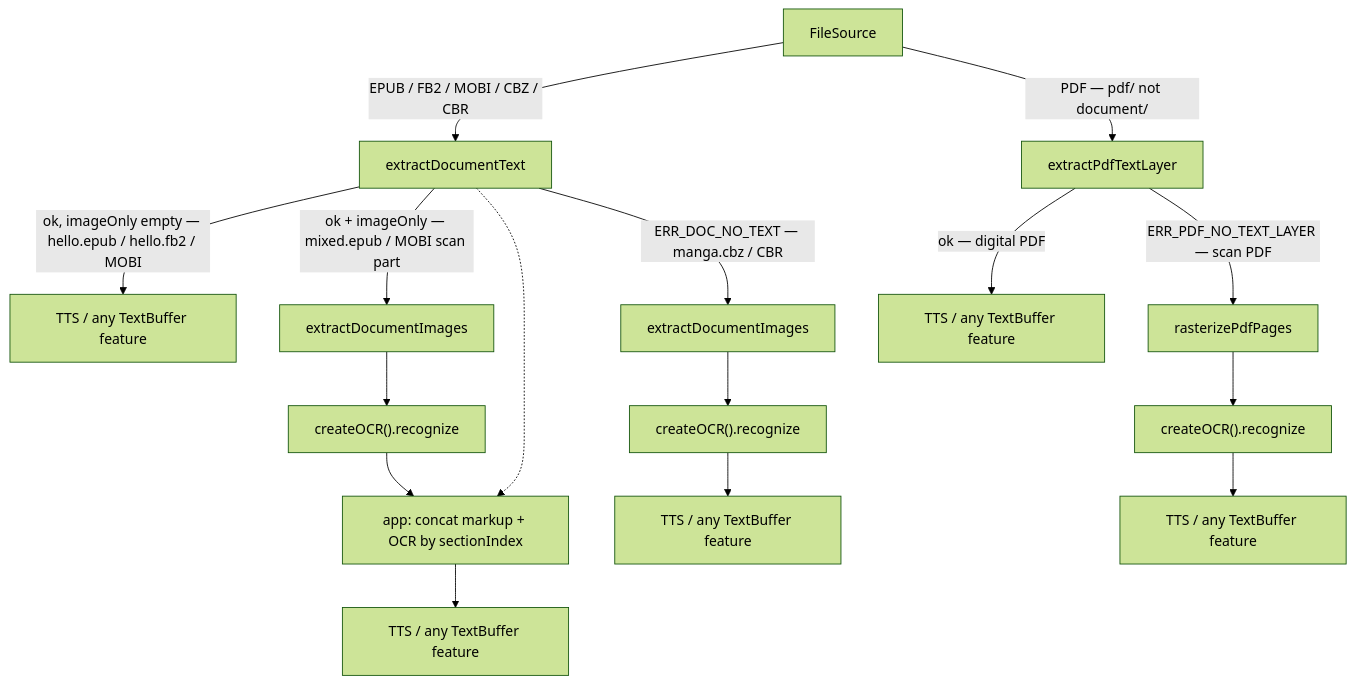
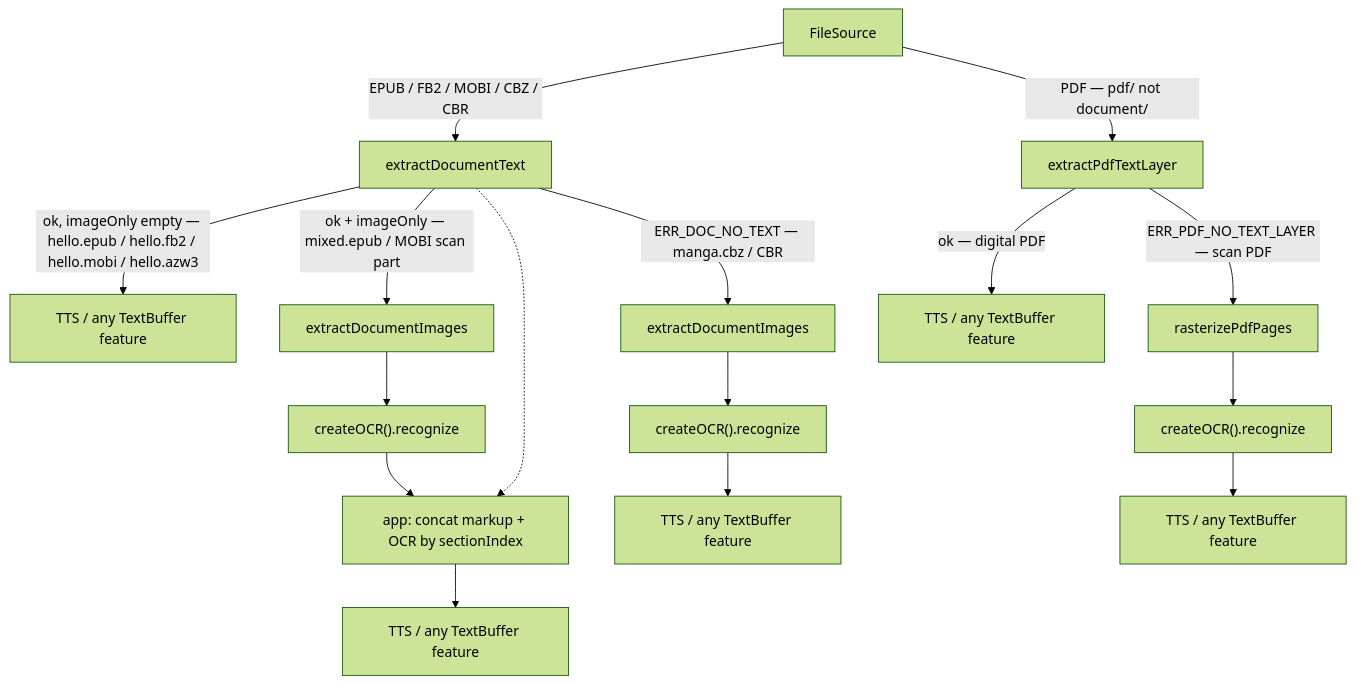
The diagram in docs/document-offline.md (XDcobra/react-native-sherpa-onnx), drawn with Mermaid (forest theme) before and after one commit. The commit also changed 14 other files, not shown here.

First line of the commit message:
feat(example): add DRM-free MOBI/AZW3 and a DRM sample to read-aloud

````diff
--- a/docs/document-offline.md
+++ b/docs/document-offline.md
@@ -34,21 +34,21 @@
 ```mermaid
 flowchart TD
   F[FileSource]
   F -->|EPUB / FB2 / MOBI / CBZ / CBR| DT["extractDocumentText"]
   F -->|"PDF — pdf/ not document/"| PT["extractPdfTextLayer"]
 
-  DT -->|"ok, imageOnly empty — hello.epub / hello.fb2 / MOBI"| TTS1["TTS / any TextBuffer feature"]
+  DT -->|"ok, imageOnly empty — hello.epub / hello.fb2 / hello.mobi / hello.azw3"| TTS1["TTS / any TextBuffer feature"]
   DT -->|"ok + imageOnly — mixed.epub / MOBI scan part"| DI1["extractDocumentImages"]
   DI1 --> OCR1["createOCR().recognize"]
   OCR1 --> JOIN["app: concat markup + OCR by sectionIndex"]
   DT -.-> JOIN
   JOIN --> TTS2["TTS / any TextBuffer feature"]
   DT -->|"ERR_DOC_NO_TEXT — manga.cbz / CBR"| DI2["extractDocumentImages"]
   DI2 --> OCR2["createOCR().recognize"]
   OCR2 --> TTS3["TTS / any TextBuffer feature"]
 
   PT -->|"ok — digital PDF"| TTS4["TTS / any TextBuffer feature"]
   PT -->|"ERR_PDF_NO_TEXT_LAYER — scan PDF"| RZ["rasterizePdfPages"]
   RZ --> OCR3["createOCR().recognize"]
   OCR3 --> TTS5["TTS / any TextBuffer feature"]
 ```
````
